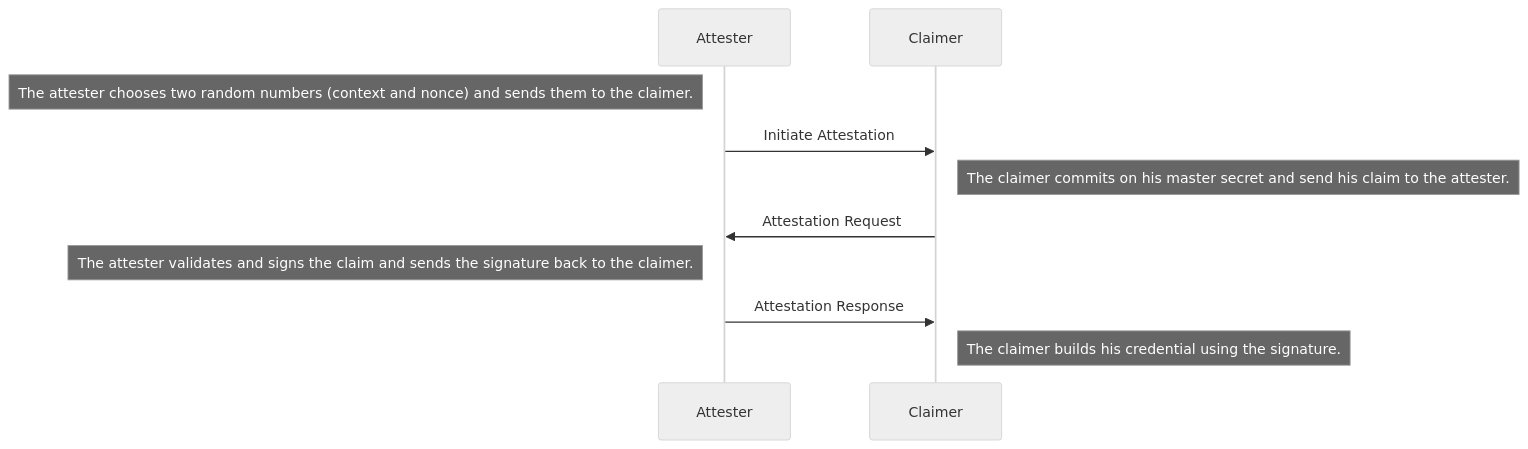
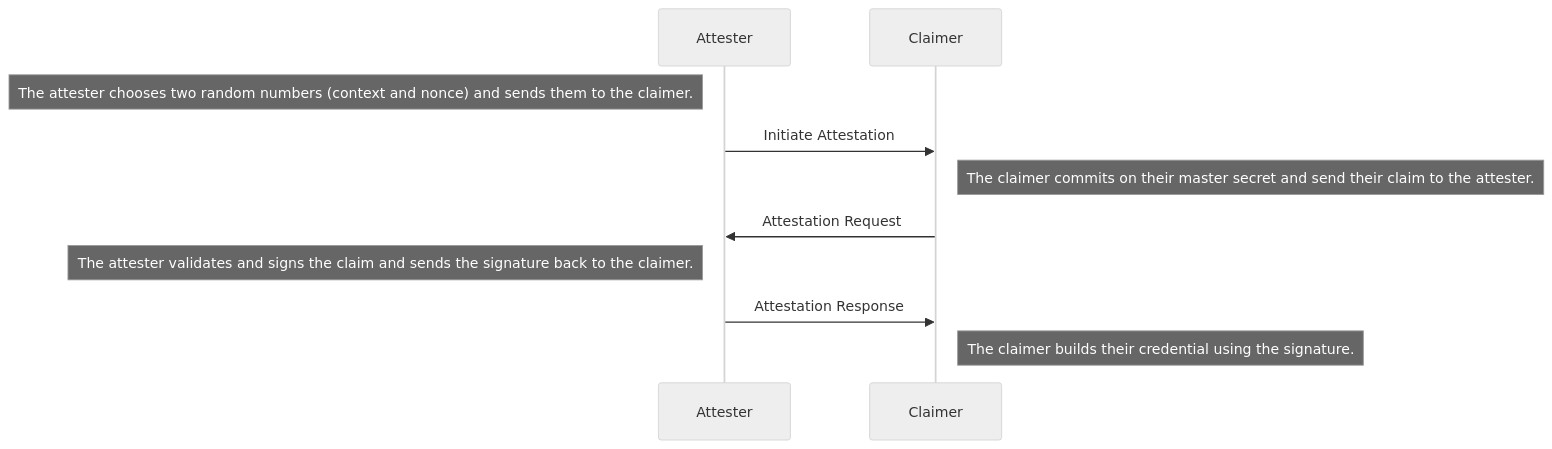
One commit to KILTprotocol/portablegabi-tutorial changed the diagram in src/2_attestation.md. Above: the diagram before and after it, drawn with Mermaid (neutral theme). The commit also changed other lines of this file and 6 other files, not shown here.

````diff
--- a/src/2_attestation.md
+++ b/src/2_attestation.md
@@ -6,13 +7,13 @@
 ```mermaid
 sequenceDiagram
     participant A as Attester
     participant C as Claimer
 
     note left of A: The attester chooses two random numbers (context and nonce) and sends them to the claimer.
     A->>C: Initiate Attestation
-    note right of C: The claimer commits on his master secret and send his claim to the attester.
+    note right of C: The claimer commits on their master secret and send their claim to the attester.
     C->>A: Attestation Request
     note left of A: The attester validates and signs the claim and sends the signature back to the claimer.
     A->>C: Attestation Response
-    note right of C: The claimer builds his credential using the signature.
+    note right of C: The claimer builds their credential using the signature.
 ```
````
